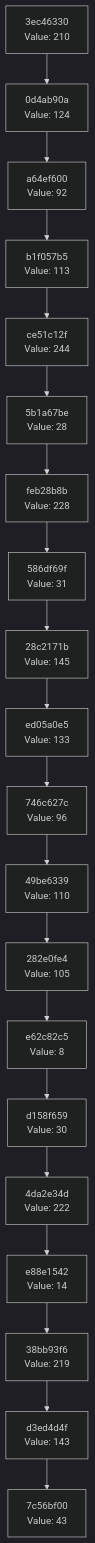
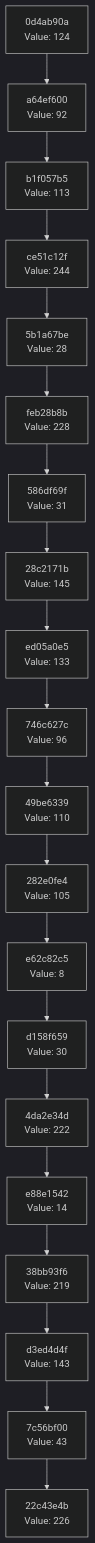
Before and after one commit to Abhisheksinha1506/hash-chain-evolver: the diagram in docs/CHAIN_VISUALIZATION.md, drawn with Mermaid (dark theme). The commit also changed 3 other files, not shown here.

````diff
--- a/docs/CHAIN_VISUALIZATION.md
+++ b/docs/CHAIN_VISUALIZATION.md
@@ -3,42 +3,42 @@
 ```mermaid
 graph TD
-    C0["7c56bf00<br/>Value: 43"]
-    C1["d3ed4d4f<br/>Value: 143"]
+    C0["22c43e4b<br/>Value: 226"]
+    C1["7c56bf00<br/>Value: 43"]
     C1 --> C0
-    C2["38bb93f6<br/>Value: 219"]
+    C2["d3ed4d4f<br/>Value: 143"]
     C2 --> C1
-    C3["e88e1542<br/>Value: 14"]
+    C3["38bb93f6<br/>Value: 219"]
     C3 --> C2
-    C4["4da2e34d<br/>Value: 222"]
+    C4["e88e1542<br/>Value: 14"]
     C4 --> C3
-    C5["d158f659<br/>Value: 30"]
+    C5["4da2e34d<br/>Value: 222"]
     C5 --> C4
-    C6["e62c82c5<br/>Value: 8"]
+    C6["d158f659<br/>Value: 30"]
     C6 --> C5
-    C7["282e0fe4<br/>Value: 105"]
+    C7["e62c82c5<br/>Value: 8"]
     C7 --> C6
-    C8["49be6339<br/>Value: 110"]
+    C8["282e0fe4<br/>Value: 105"]
     C8 --> C7
-    C9["746c627c<br/>Value: 96"]
+    C9["49be6339<br/>Value: 110"]
     C9 --> C8
-    C10["ed05a0e5<br/>Value: 133"]
+    C10["746c627c<br/>Value: 96"]
     C10 --> C9
-    C11["28c2171b<br/>Value: 145"]
+    C11["ed05a0e5<br/>Value: 133"]
     C11 --> C10
-    C12["586df69f<br/>Value: 31"]
+    C12["28c2171b<br/>Value: 145"]
     C12 --> C11
-    C13["feb28b8b<br/>Value: 228"]
+    C13["586df69f<br/>Value: 31"]
     C13 --> C12
-    C14["5b1a67be<br/>Value: 28"]
+    C14["feb28b8b<br/>Value: 228"]
     C14 --> C13
-    C15["ce51c12f<br/>Value: 244"]
+    C15["5b1a67be<br/>Value: 28"]
     C15 --> C14
-    C16["b1f057b5<br/>Value: 113"]
+    C16["ce51c12f<br/>Value: 244"]
     C16 --> C15
-    C17["a64ef600<br/>Value: 92"]
+    C17["b1f057b5<br/>Value: 113"]
     C17 --> C16
-    C18["0d4ab90a<br/>Value: 124"]
+    C18["a64ef600<br/>Value: 92"]
     C18 --> C17
-    C19["3ec46330<br/>Value: 210"]
+    C19["0d4ab90a<br/>Value: 124"]
     C19 --> C18
 ```
````
